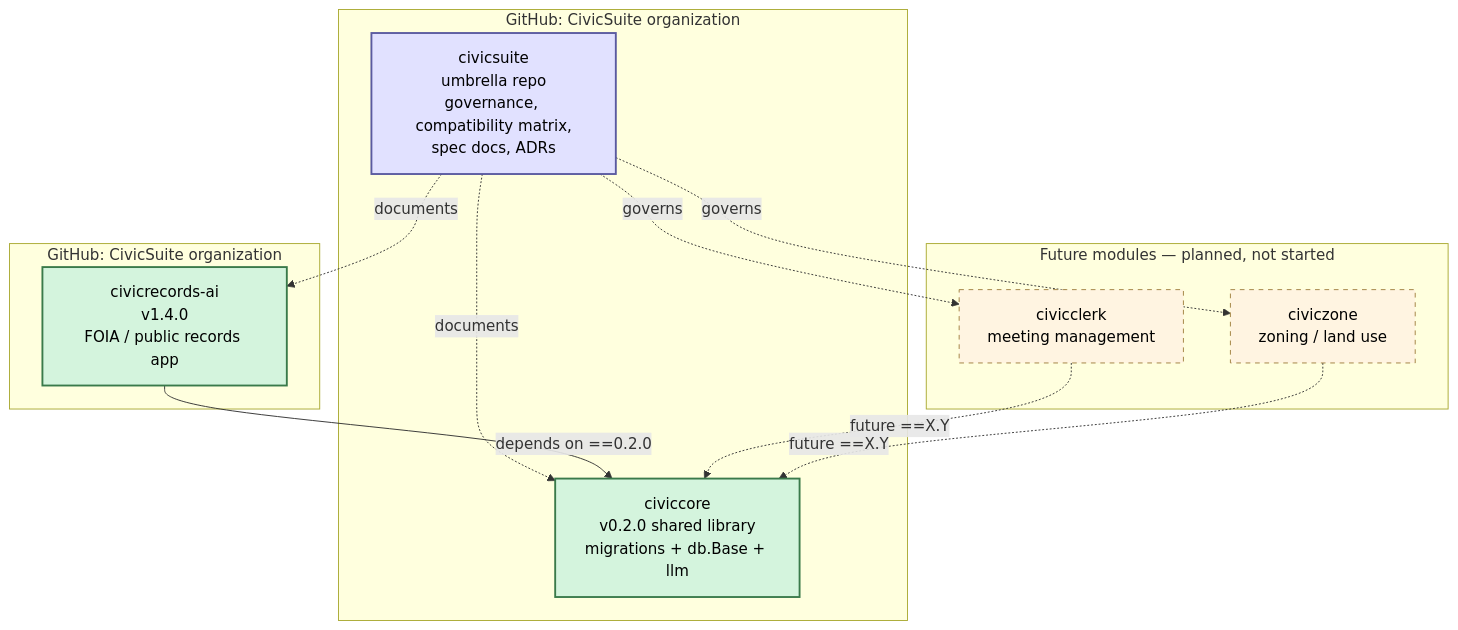
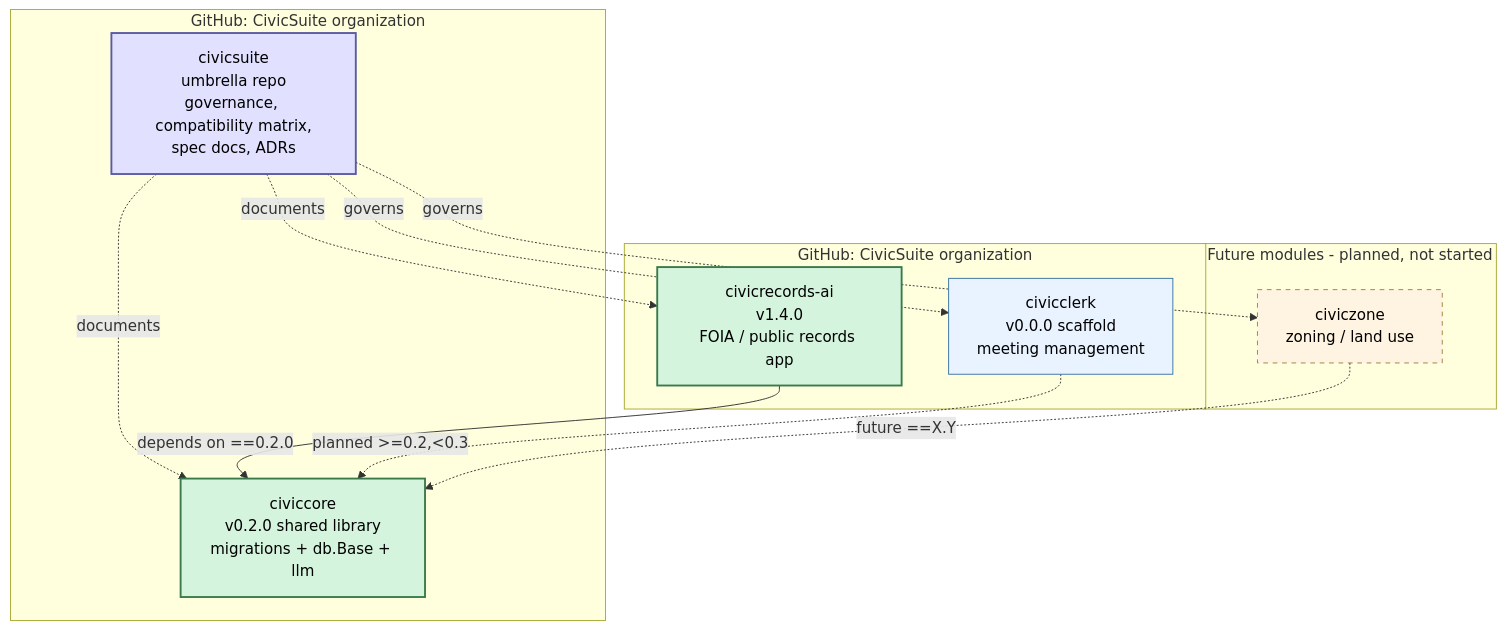
The diagram in docs/diagrams/suite-architecture.mmd (CivicSuite/civicsuite), drawn with Mermaid before and after one commit. The commit also changed 12 other files, not shown here.

Commit message:
docs: register CivicClerk scaffold (#6)

```diff
--- a/docs/diagrams/suite-architecture.mmd
+++ b/docs/diagrams/suite-architecture.mmd
@@ -1,27 +1,28 @@
 graph TB
     subgraph SUITE["GitHub: CivicSuite organization"]
         SuiteRepo["civicsuite<br/>umbrella repo<br/>governance, compatibility matrix,<br/>spec docs, ADRs"]
         Core["civiccore<br/>v0.2.0 shared library<br/>migrations + db.Base + llm"]
     end
     subgraph PRODUCT["GitHub: CivicSuite organization"]
         Records["civicrecords-ai<br/>v1.4.0<br/>FOIA / public records app"]
+        Clerk["civicclerk<br/>v0.0.0 scaffold<br/>meeting management"]
     end
-    subgraph FUTURE["Future modules — planned, not started"]
-        Clerk["civicclerk<br/>meeting management"]
+    subgraph FUTURE["Future modules - planned, not started"]
         Zone["civiczone<br/>zoning / land use"]
     end
     SuiteRepo -.documents.-> Core
     SuiteRepo -.documents.-> Records
     SuiteRepo -.governs.-> Clerk
     SuiteRepo -.governs.-> Zone
     Records -->|"depends on ==0.2.0"| Core
-    Clerk -. "future ==X.Y" .-> Core
+    Clerk -. "planned >=0.2,<0.3" .-> Core
     Zone -. "future ==X.Y" .-> Core
     classDef shipping fill:#d4f4dd,stroke:#3a7a4a,stroke-width:2px,color:#000
     classDef governance fill:#e1e1ff,stroke:#5a5aa0,stroke-width:2px,color:#000
     classDef future fill:#fff4e1,stroke:#a08040,stroke-width:1px,stroke-dasharray:5 5,color:#000
+    classDef scaffold fill:#e8f3ff,stroke:#3973a3,stroke-width:1px,color:#000
     class SuiteRepo governance
     class Core shipping
     class Records shipping
-    class Clerk future
+    class Clerk scaffold
     class Zone future
```
